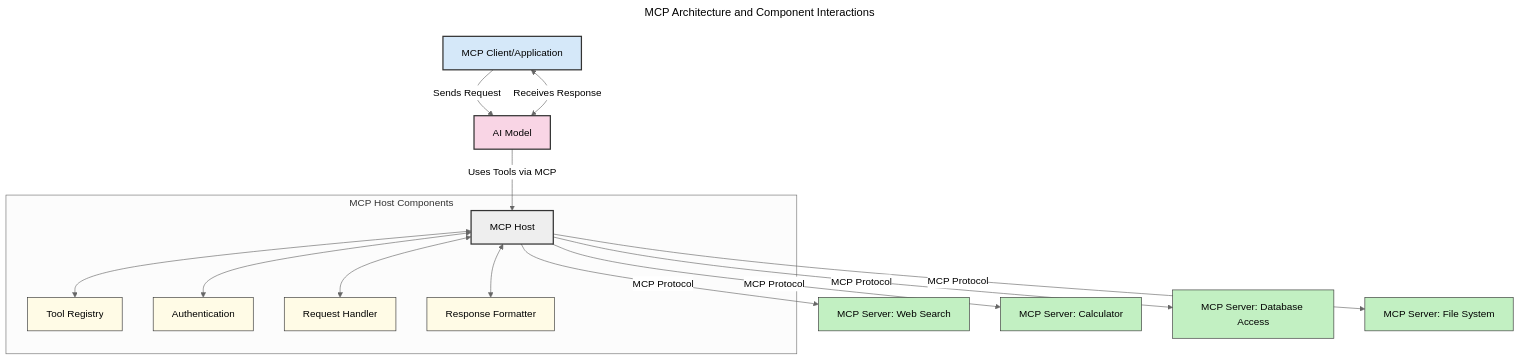
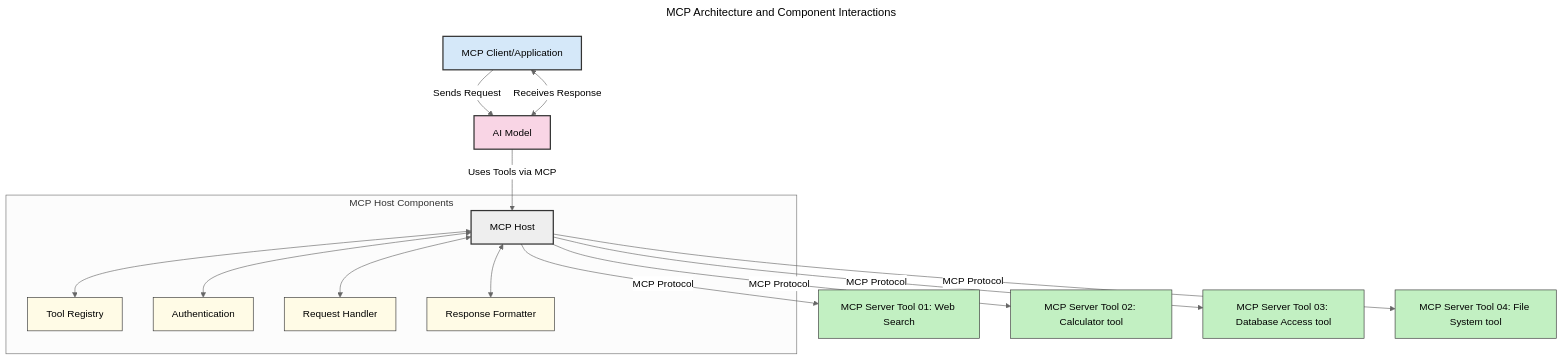
The first of 3 diagrams in 00-Introduction/README.md (tlcraft/mcp-for-beginners), drawn with Mermaid (neutral theme) before and after one commit. The commit also changed other lines of this file, not shown here.

Commit message:
On branch edburns/ep-7757-traversal Additional clarity. modified:   00-Introduction/README.md

````diff
--- a/00-Introduction/README.md
+++ b/00-Introduction/README.md
@@ -104,40 +104,40 @@
 ```mermaid
 ---
 title: MCP Architecture and Component Interactions
 description: A corrected diagram showing the AI model, MCP Host, MCP Servers (tools), and how the MCP protocol governs their interactions.
 ---
 graph TD
     Client[MCP Client/Application] -->|Sends Request| A[AI Model]
     A -->|Uses Tools via MCP| H[MCP Host]
     A <-->|Receives Response| Client
 
     subgraph "MCP Host Components"
         H
         G[Tool Registry]
         I[Authentication]
         J[Request Handler]
         K[Response Formatter]
     end
 
     H <--> G
     H <--> I
     H <--> J
     H <--> K
 
-    H -->|MCP Protocol| T1[MCP Server: Web Search]
-    H -->|MCP Protocol| T2[MCP Server: Calculator]
-    H -->|MCP Protocol| T3[MCP Server: Database Access]
-    H -->|MCP Protocol| T4[MCP Server: File System]
+    H -->|MCP Protocol| T1[MCP Server Tool 01: Web Search]
+    H -->|MCP Protocol| T2[MCP Server Tool 02: Calculator tool]
+    H -->|MCP Protocol| T3[MCP Server Tool 03: Database Access tool]
+    H -->|MCP Protocol| T4[MCP Server Tool 04: File System tool]
 
     style A fill:#f9d5e5,stroke:#333,stroke-width:2px
     style H fill:#eeeeee,stroke:#333,stroke-width:2px
     style Client fill:#d5e8f9,stroke:#333,stroke-width:2px
     style G fill:#fffbe6,stroke:#333,stroke-width:1px
     style I fill:#fffbe6,stroke:#333,stroke-width:1px
     style J fill:#fffbe6,stroke:#333,stroke-width:1px
     style K fill:#fffbe6,stroke:#333,stroke-width:1px
     style T1 fill:#c2f0c2,stroke:#333,stroke-width:1px
     style T2 fill:#c2f0c2,stroke:#333,stroke-width:1px
     style T3 fill:#c2f0c2,stroke:#333,stroke-width:1px
     style T4 fill:#c2f0c2,stroke:#333,stroke-width:1px
 ```
````
